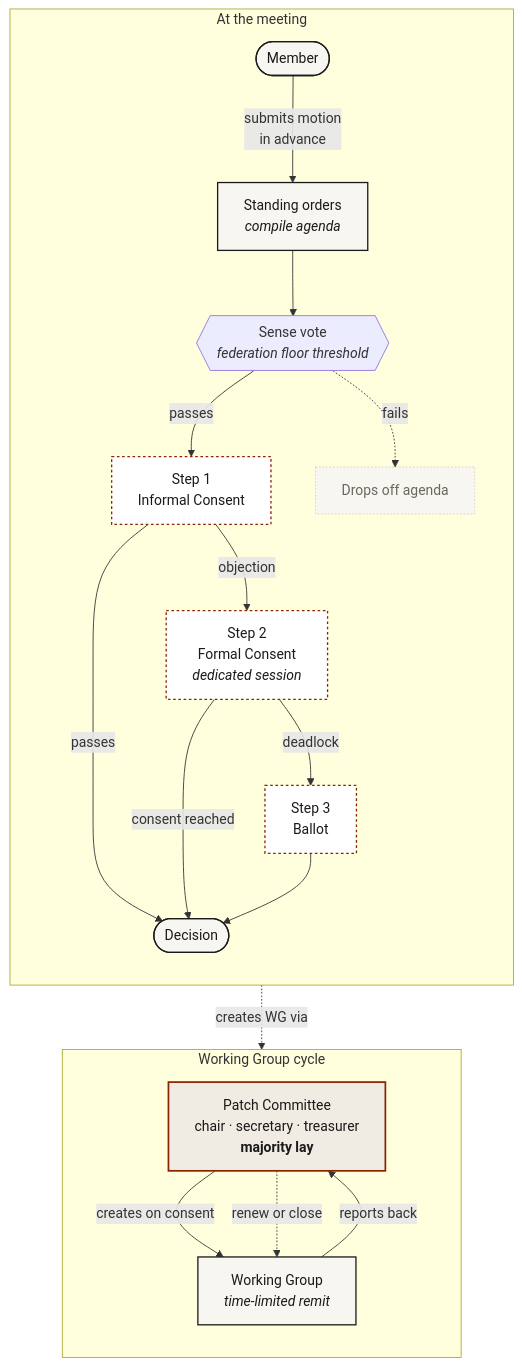
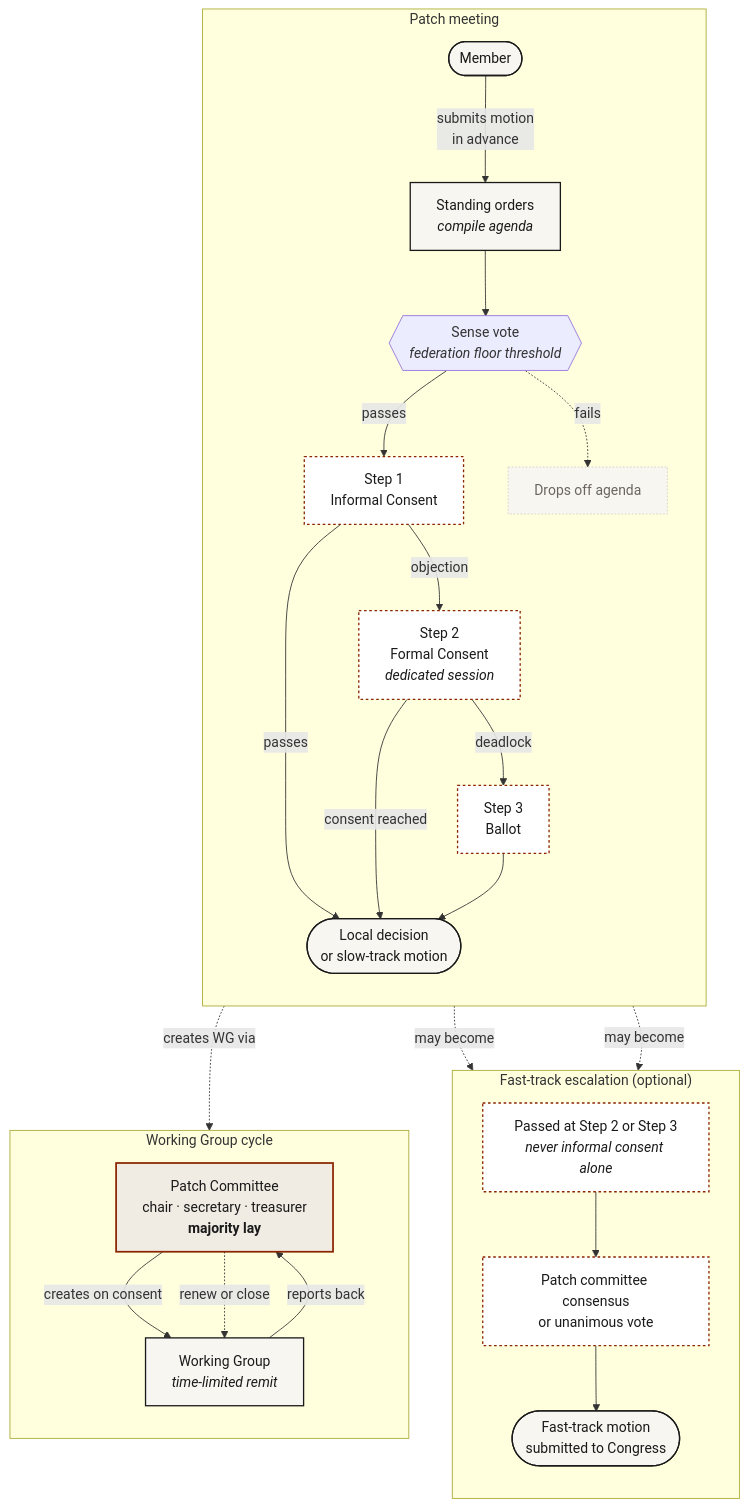
The diagram in patchwork-process.mmd (TheDryhtscipe/patchworkfed), drawn with Mermaid before and after one commit. The commit also changed 3 other files, not shown here.

First line of the commit message:
Restructure: add Sections, Permanent Congress, two-track Conference

```diff
--- a/patchwork-process.mmd
+++ b/patchwork-process.mmd
@@ -1,33 +1,44 @@
-%% Patchwork Federation — meeting process
+%% Patchwork Federation — patch meeting process
 flowchart TB
 
-  subgraph MEETING["At the meeting"]
+  subgraph MEETING["Patch meeting"]
     direction TB
     M(["Member"]) -->|submits motion<br/>in advance| AGENDA["Standing orders<br/><i>compile agenda</i>"]
     AGENDA --> SENSE{{"Sense vote<br/><i>federation floor threshold</i>"}}
     SENSE -->|passes| S1["Step 1<br/>Informal Consent"]
     SENSE -.->|fails| DROP["Drops off agenda"]
     S1 -->|objection| S2["Step 2<br/>Formal Consent<br/><i>dedicated session</i>"]
     S2 -->|deadlock| S3["Step 3<br/>Ballot"]
-    S1 -->|passes| OUT(["Decision"])
+    S1 -->|passes| OUT(["Local decision<br/>or slow-track motion"])
     S2 -->|consent reached| OUT
     S3 --> OUT
   end
+
+  subgraph FAST["Fast-track escalation (optional)"]
+    direction TB
+    FG1["Passed at Step 2 or Step 3<br/><i>never informal consent alone</i>"]
+    FG2["Patch committee consensus<br/>or unanimous vote"]
+    FG1 --> FG2
+    FG2 --> FOUT(["Fast-track motion<br/>submitted to Congress"])
+  end
+
+  S2 -.may become.-> FG1
+  S3 -.may become.-> FG1
 
   subgraph WG_CYCLE["Working Group cycle"]
     direction TB
     COMM["Patch Committee<br/>chair · secretary · treasurer<br/><b>majority lay</b>"] -->|creates on consent| WG["Working Group<br/><i>time-limited remit</i>"]
     WG -->|reports back| COMM
     COMM -.->|renew or close| WG
   end
 
   OUT -.creates WG via.-> COMM
 
   classDef accent fill:#f0ebe3,stroke:#8b2500,stroke-width:2px,color:#1a1a1a
   classDef body fill:#f8f6f1,stroke:#1a1a1a,stroke-width:1.5px,color:#1a1a1a
   classDef process fill:#fff,stroke:#8b2500,stroke-width:1.5px,color:#1a1a1a,stroke-dasharray: 3 3
   classDef muted fill:#f8f6f1,stroke:#d4cfc8,stroke-width:1px,color:#6b6560,stroke-dasharray: 2 2
   class COMM accent
-  class WG,M,AGENDA,OUT body
-  class S1,S2,S3 process
+  class WG,M,AGENDA,OUT,FOUT body
+  class S1,S2,S3,FG1,FG2 process
   class DROP muted
```
